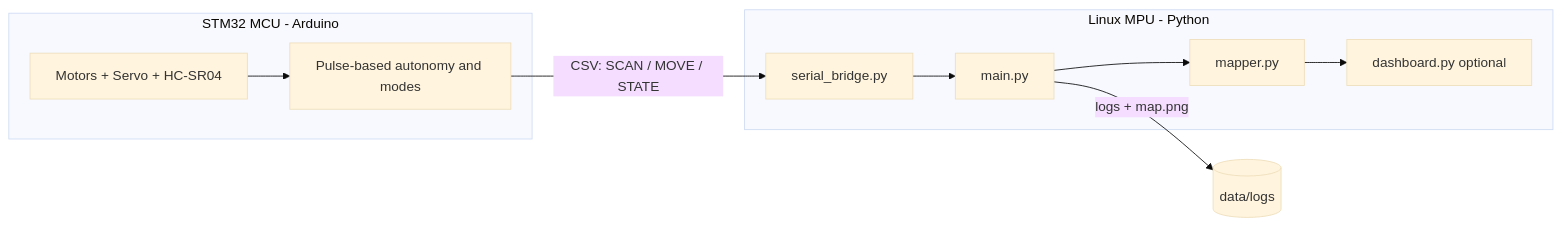
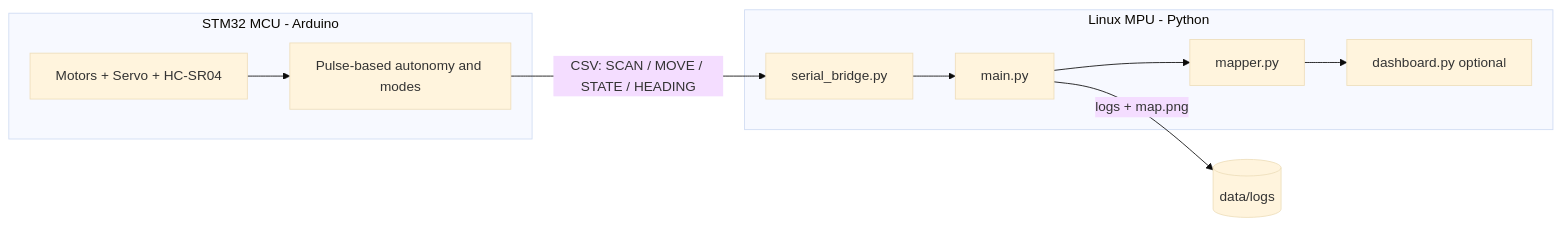
One commit to vdanielb/Recon_Drone changed the diagram in README.md. Above: the diagram before and after it, drawn with Mermaid (base theme). The commit also changed other lines of this file and 9 other files, not shown here.

````diff
--- a/README.md
+++ b/README.md
@@ -41,17 +86,17 @@
 ```mermaid
 flowchart LR
   subgraph MCU [STM32 MCU - Arduino]
     hw[Motors + Servo + HC-SR04]
     auto[Pulse-based autonomy and modes]
     hw --> auto
   end
   subgraph LIN [Linux MPU - Python]
     bridge[serial_bridge.py]
     app[main.py]
     map[mapper.py]
     dash[dashboard.py optional]
     bridge --> app --> map --> dash
   end
-  auto -->|"CSV: SCAN / MOVE / STATE"| bridge
+  auto -->|"CSV: SCAN / MOVE / STATE / HEADING"| bridge
   app -->|logs + map.png| logs[(data/logs)]
 ```
````
